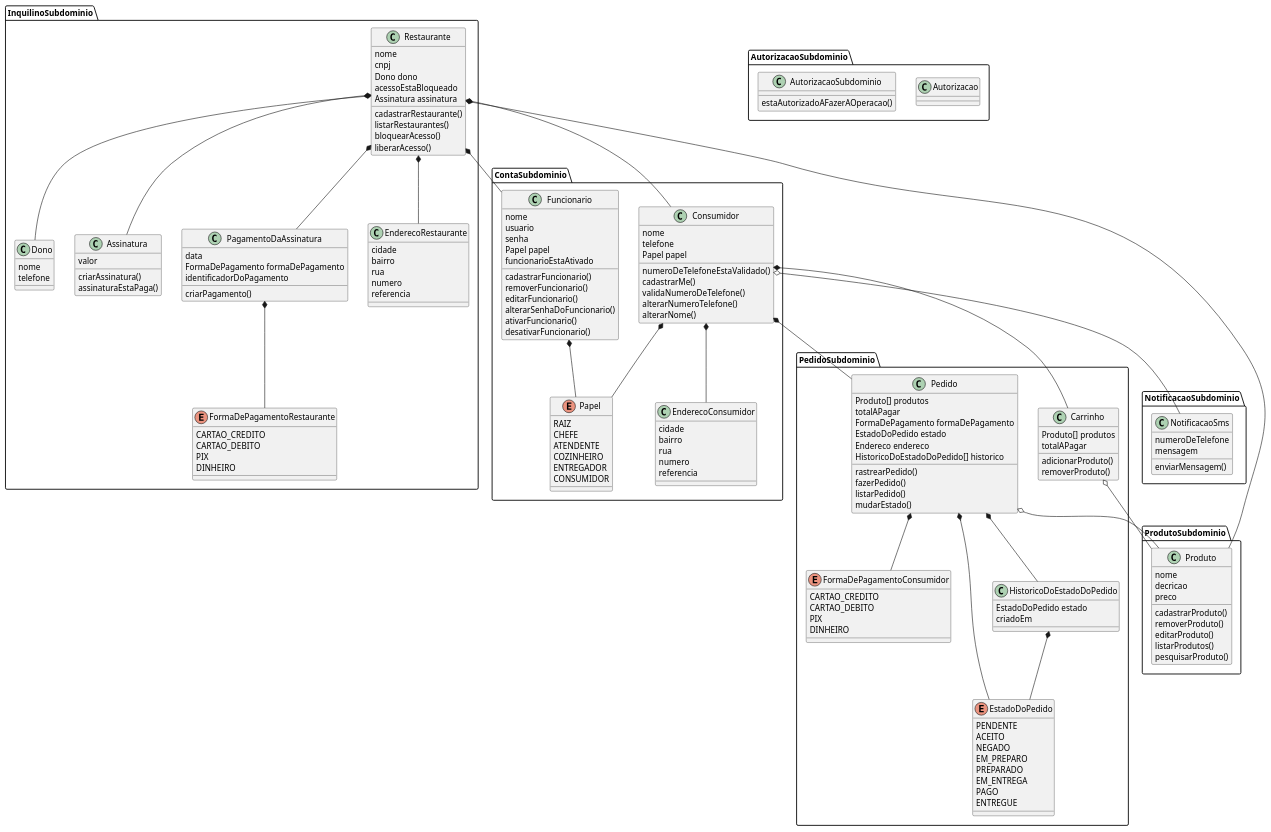
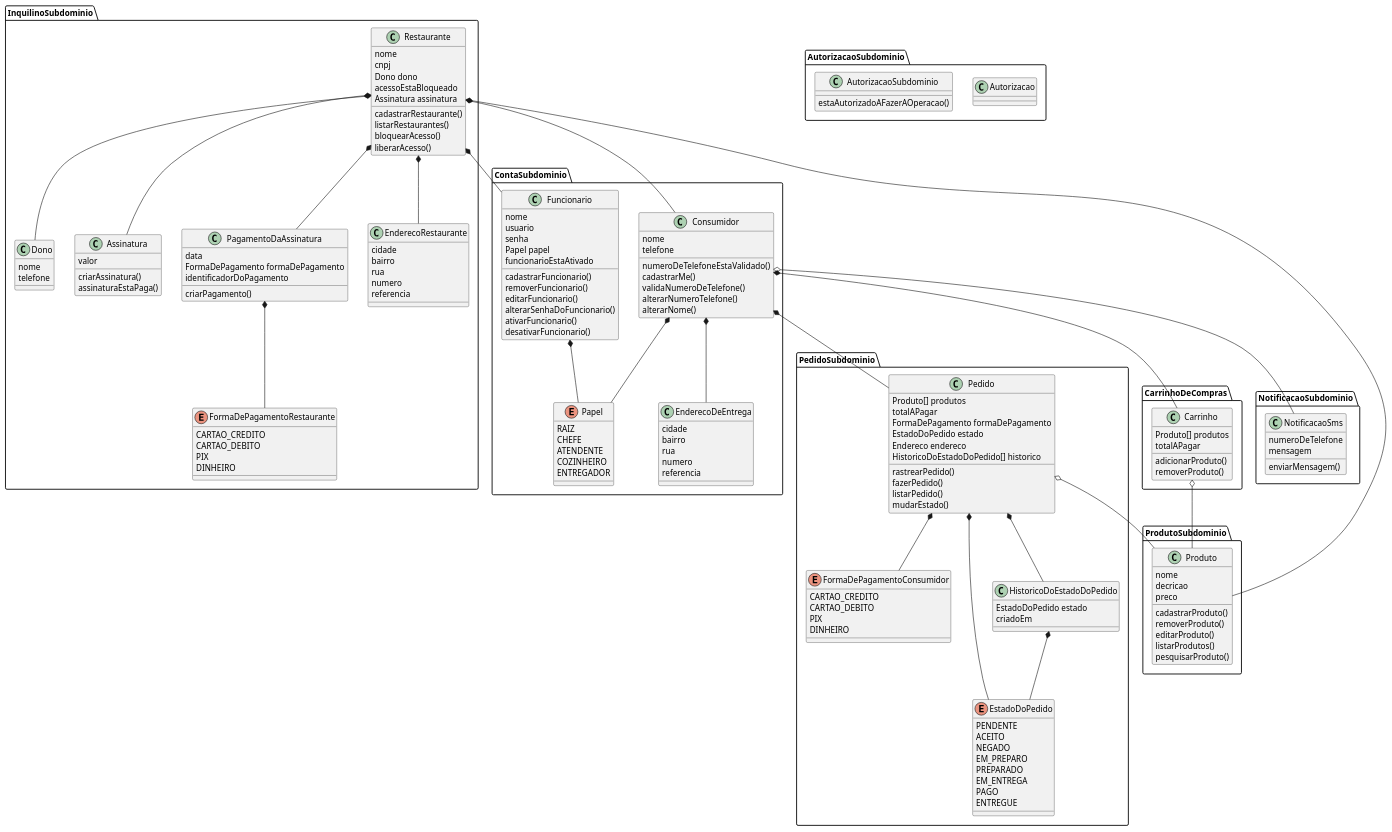
Before and after one commit to alvarengacarlos/Order: the diagram in docs/entidades.plantuml, drawn with PlantUML.

Commit message:
Updates classes diagram

```diff
--- a/docs/entidades.plantuml
+++ b/docs/entidades.plantuml
@@ -1,170 +1,170 @@
 @startuml
 ' Definições
 package "InquilinoSubdominio" {
     class Restaurante
     Restaurante : nome
     Restaurante : cnpj
     Restaurante : Dono dono
     Restaurante : acessoEstaBloqueado
     Restaurante : Assinatura assinatura
     Restaurante : cadastrarRestaurante()
     Restaurante : listarRestaurantes()
     Restaurante : bloquearAcesso()
     Restaurante : liberarAcesso()
 
     class Dono
     Dono : nome
     Dono : telefone
 
     class Assinatura
     Assinatura : valor
     Assinatura : criarAssinatura()
     Assinatura : assinaturaEstaPaga()
 
     class PagamentoDaAssinatura
     PagamentoDaAssinatura : data
     PagamentoDaAssinatura : FormaDePagamento formaDePagamento
     PagamentoDaAssinatura : identificadorDoPagamento
     PagamentoDaAssinatura : criarPagamento()
 
     class EnderecoRestaurante
     EnderecoRestaurante : cidade
     EnderecoRestaurante : bairro
     EnderecoRestaurante : rua
     EnderecoRestaurante : numero
     EnderecoRestaurante : referencia
 
     enum FormaDePagamentoRestaurante
     FormaDePagamentoRestaurante : CARTAO_CREDITO
     FormaDePagamentoRestaurante : CARTAO_DEBITO
     FormaDePagamentoRestaurante : PIX
     FormaDePagamentoRestaurante : DINHEIRO
 }
 
 package "ContaSubdominio" {
     class Funcionario
     Funcionario : nome
     Funcionario : usuario
     Funcionario : senha
     Funcionario : Papel papel
     Funcionario : funcionarioEstaAtivado
     Funcionario : cadastrarFuncionario()
     Funcionario : removerFuncionario()
     Funcionario : editarFuncionario()
     Funcionario : alterarSenhaDoFuncionario()
     Funcionario : ativarFuncionario()
     Funcionario : desativarFuncionario()
 
     class Consumidor
     Consumidor : nome
     Consumidor : telefone
-    Consumidor : Papel papel
     Consumidor : numeroDeTelefoneEstaValidado()
     Consumidor : cadastrarMe()
     Consumidor : validaNumeroDeTelefone()
     Consumidor : alterarNumeroTelefone()
     Consumidor : alterarNome()
 
+    class EnderecoDeEntrega
+    EnderecoDeEntrega : cidade
+    EnderecoDeEntrega : bairro
+    EnderecoDeEntrega : rua
+    EnderecoDeEntrega : numero
+    EnderecoDeEntrega : referencia
+
     enum Papel
     Papel : RAIZ
     Papel : CHEFE
     Papel : ATENDENTE
     Papel : COZINHEIRO
-    Papel : ENTREGADOR
-    Papel : CONSUMIDOR
-
-    class EnderecoConsumidor
-    EnderecoConsumidor : cidade
-    EnderecoConsumidor : bairro
-    EnderecoConsumidor : rua
-    EnderecoConsumidor : numero
-    EnderecoConsumidor : referencia
-
+    Papel : ENTREGADOR    
 }
 
 package "ProdutoSubdominio" {
     class Produto
     Produto : nome
     Produto : decricao
     Produto : preco
     Produto : cadastrarProduto()
     Produto : removerProduto()
     Produto : editarProduto()
     Produto : listarProdutos()
     Produto : pesquisarProduto()
+}
+
+package "CarrinhoDeCompras" {
+    class Carrinho
+    Carrinho : Produto[] produtos
+    Carrinho : totalAPagar
+    Carrinho : adicionarProduto()
+    Carrinho : removerProduto()
 }
 
 package "PedidoSubdominio" {
     class Pedido
     Pedido : Produto[] produtos
     Pedido : totalAPagar
     Pedido : FormaDePagamento formaDePagamento
     Pedido : EstadoDoPedido estado
     Pedido : Endereco endereco
     Pedido : HistoricoDoEstadoDoPedido[] historico
     Pedido : rastrearPedido()
     Pedido : fazerPedido()
     Pedido : listarPedido()
     Pedido : mudarEstado()
     
     enum FormaDePagamentoConsumidor
     FormaDePagamentoConsumidor : CARTAO_CREDITO
     FormaDePagamentoConsumidor : CARTAO_DEBITO
     FormaDePagamentoConsumidor : PIX
     FormaDePagamentoConsumidor : DINHEIRO
 
     enum EstadoDoPedido
     EstadoDoPedido : PENDENTE
     EstadoDoPedido : ACEITO
     EstadoDoPedido : NEGADO
     EstadoDoPedido : EM_PREPARO
     EstadoDoPedido : PREPARADO
     EstadoDoPedido : EM_ENTREGA
     EstadoDoPedido : PAGO
     EstadoDoPedido : ENTREGUE
 
     class HistoricoDoEstadoDoPedido
     HistoricoDoEstadoDoPedido : EstadoDoPedido estado
     HistoricoDoEstadoDoPedido : criadoEm
 
-    class Carrinho
-    Carrinho : Produto[] produtos
-    Carrinho : totalAPagar
-    Carrinho : adicionarProduto()
-    Carrinho : removerProduto()
 }
 
 package "NotificacaoSubdominio" {
     class NotificacaoSms
     NotificacaoSms : numeroDeTelefone
     NotificacaoSms : mensagem
     NotificacaoSms : enviarMensagem()
 }
 
 package "AutorizacaoSubdominio" {
     class Autorizacao
     AutorizacaoSubdominio : estaAutorizadoAFazerAOperacao()
 }
 
 ' Relação
 Restaurante *-- EnderecoRestaurante
 Restaurante *-- Assinatura
 Restaurante *-- Dono
 Restaurante *-- Produto
 Restaurante *-- PagamentoDaAssinatura
 Restaurante *-- Funcionario
 Restaurante *-- Consumidor
 Funcionario *-- Papel
 Consumidor *-- Pedido
 Consumidor *-- Carrinho
-Consumidor *-- EnderecoConsumidor
+Consumidor *-- EnderecoDeEntrega
 Consumidor *-- Papel
 Pedido *-- FormaDePagamentoConsumidor
 Pedido o-- Produto
 Pedido *-- HistoricoDoEstadoDoPedido
 Pedido *-- EstadoDoPedido
 PagamentoDaAssinatura *-- FormaDePagamentoRestaurante
 HistoricoDoEstadoDoPedido *-- EstadoDoPedido
 Carrinho o-- Produto
 Consumidor o-- NotificacaoSms
 @enduml
```
